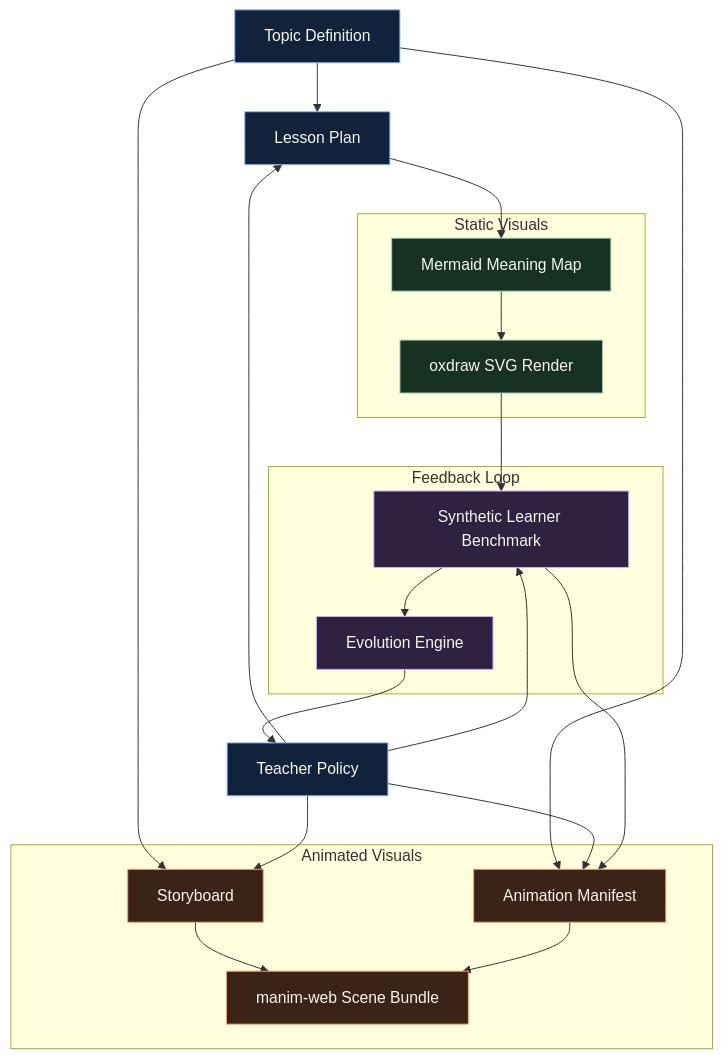
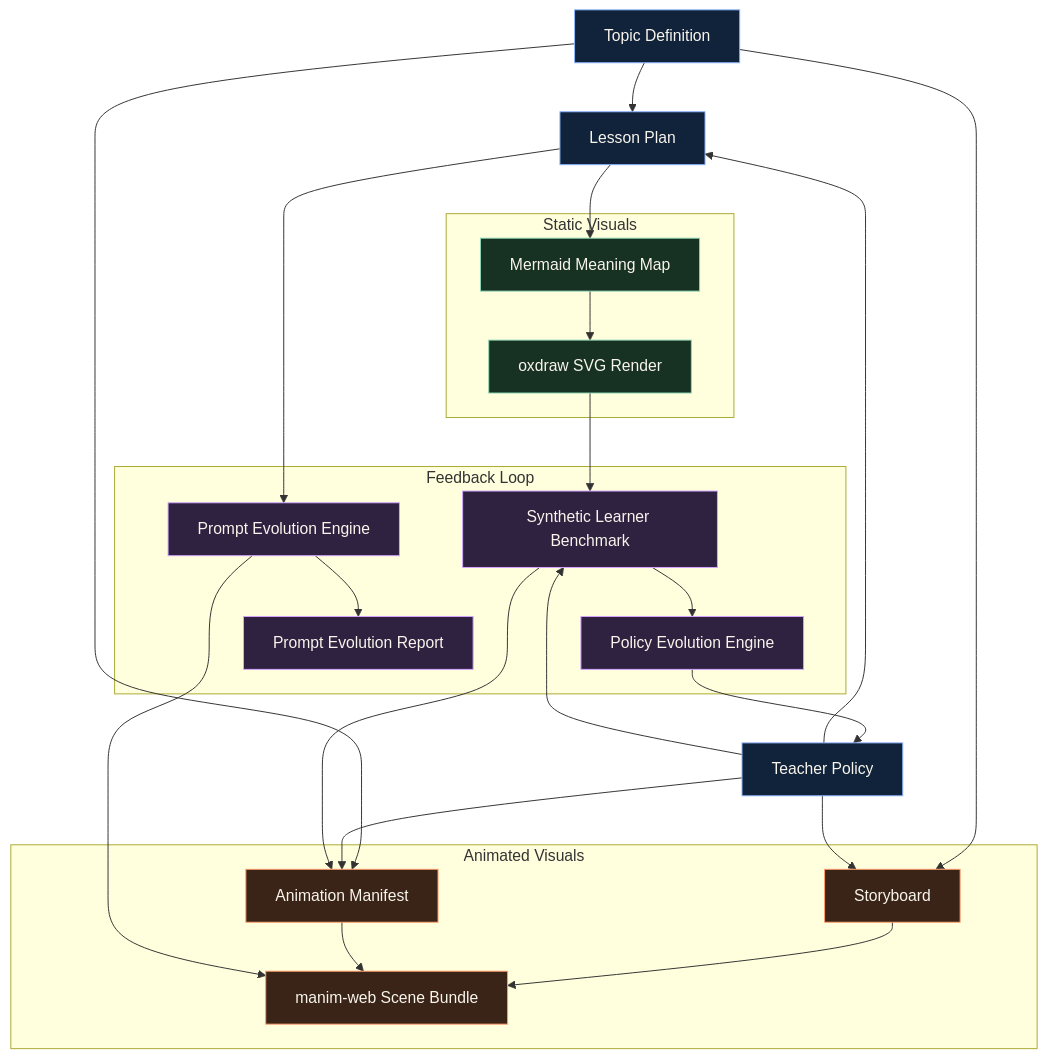
Before and after one commit to Diogenesoftoronto/keating: the diagram in docs/visual-pipeline.mmd, drawn with Mermaid. The commit also changed 38 other files, not shown here.

```diff
--- a/docs/visual-pipeline.mmd
+++ b/docs/visual-pipeline.mmd
@@ -1,48 +1,55 @@
 graph TD
   classDef source fill:#11233b,stroke:#8db5ff,color:#f8f5ec,stroke-width:1px;
   classDef static fill:#173122,stroke:#8fd7b6,color:#f8f5ec,stroke-width:1px;
   classDef dynamic fill:#3a2317,stroke:#ff9b6b,color:#f8f5ec,stroke-width:1px;
   classDef eval fill:#2f2140,stroke:#d3a6ff,color:#f8f5ec,stroke-width:1px;
 
   topic[Topic Definition]:::source
   policy[Teacher Policy]:::source
   plan[Lesson Plan]:::source
   map[Mermaid Meaning Map]:::static
   oxdraw[oxdraw SVG Render]:::static
   storyboard[Storyboard]:::dynamic
   manifest[Animation Manifest]:::dynamic
   scene[manim-web Scene Bundle]:::dynamic
   learner[Synthetic Learner Benchmark]:::eval
-  evolve[Evolution Engine]:::eval
+  evolve[Policy Evolution Engine]:::eval
+  promptEval[Prompt Evolution Report]:::eval
+  promptLoop[Prompt Evolution Engine]:::eval
 
   topic --> plan
   policy --> plan
   plan --> map
   map --> oxdraw
   topic --> storyboard
   policy --> storyboard
   topic --> manifest
   policy --> manifest
   storyboard --> scene
   manifest --> scene
   policy --> learner
   learner --> evolve
   evolve --> policy
+  promptLoop --> promptEval
   learner --> manifest
   oxdraw --> learner
+  plan --> promptLoop
+  promptLoop --> scene
 
   subgraph static_visual["Static Visuals"]
     map
     oxdraw
   end
 
   subgraph animated_visual["Animated Visuals"]
     storyboard
     manifest
     scene
   end
 
   subgraph feedback["Feedback Loop"]
     learner
     evolve
+    promptLoop
+    promptEval
   end
```
